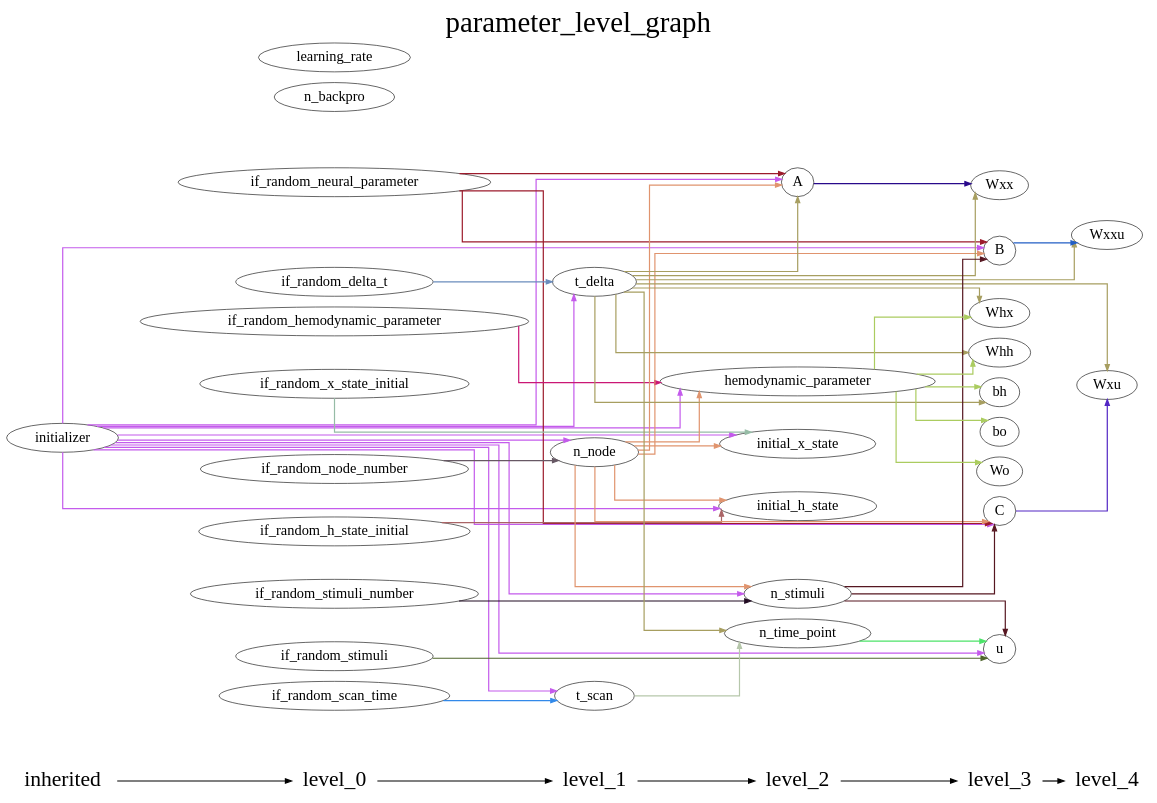
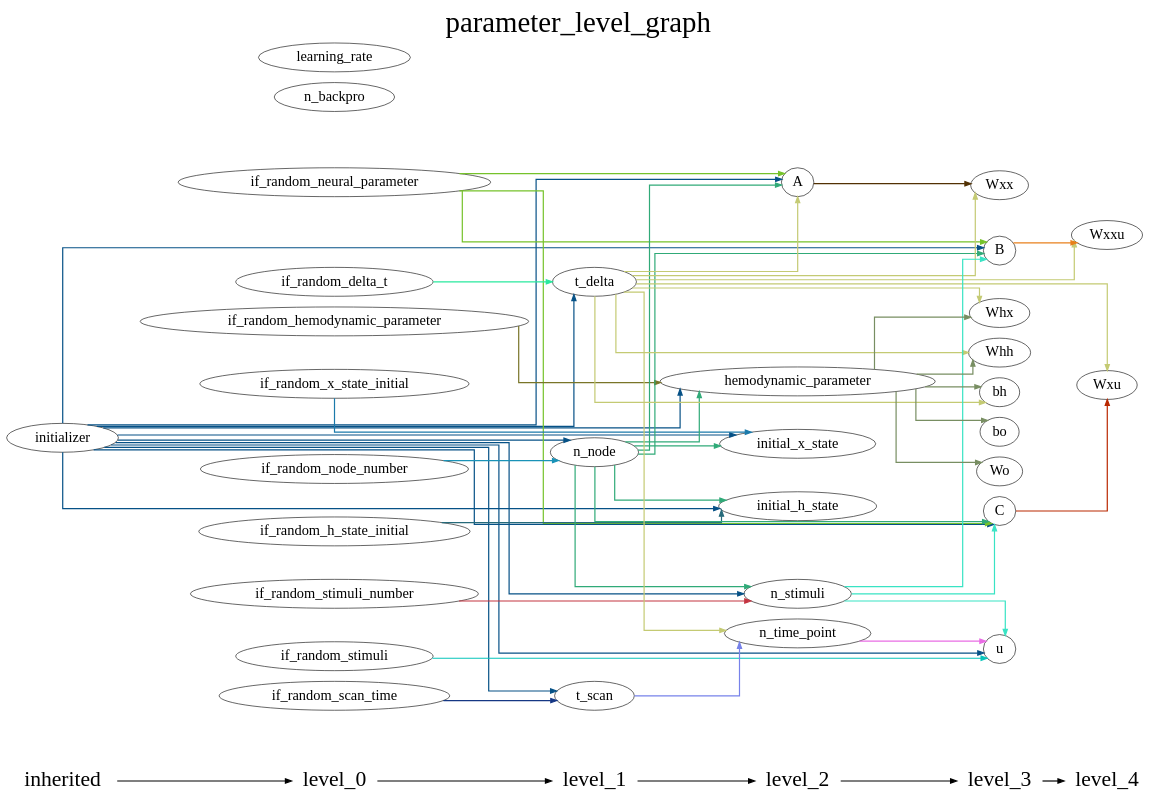
One commit to YuanWangOnward/DCM_RNN changed the diagram in DCM_RNN/documents/parameter_level_graph.gv. Above: the diagram before and after it, drawn with Graphviz. The commit also changed 4 other files, not shown here.

```diff
--- a/DCM_RNN/documents/parameter_level_graph.gv
+++ b/DCM_RNN/documents/parameter_level_graph.gv
@@ -1,118 +1,118 @@
 digraph G {
           splines=ortho;
           fontsize = 48;
           rankdir = "LR";
           node[fontsize=24];
           edge[penwidth=2];
           {
           node [shape=plaintext fontsize=36];
           inherited -> 
           level_0 -> 
           level_1 -> 
           level_2 -> 
           level_3 -> 
           level_4
           }
           {rank = same;
           inherited;
           initializer;
           }
           {rank = same;
           level_0;
           if_random_neural_parameter;
           if_random_hemodynamic_parameter;
           if_random_x_state_initial;
           if_random_h_state_initial;
           if_random_stimuli;
           if_random_node_number;
           if_random_stimuli_number;
           if_random_delta_t;
           if_random_scan_time;
           n_backpro;
           learning_rate;
           }
           {rank = same;
           level_1;
           n_node;
           t_delta;
           t_scan;
           }
           {rank = same;
           level_2;
           n_time_point;
           n_stimuli;
           A;
           hemodynamic_parameter;
           initial_x_state;
           initial_h_state;
           }
           {rank = same;
           level_3;
           u;
           B;
           C;
           Wxx;
           Whx;
           Whh;
           bh;
           Wo;
           bo;
           }
           {rank = same;
           level_4;
           Wxxu;
           Wxu;
           }
-          if_random_h_state_initial -> initial_h_state [color="#AA6466"];
-          if_random_delta_t -> t_delta [color="#6A8CBC"];
-          if_random_neural_parameter -> A [color="#9C1B2C"];
-          if_random_neural_parameter -> C [color="#9C1B2C"];
-          if_random_neural_parameter -> B [color="#9C1B2C"];
-          n_stimuli -> u [color="#561721"];
-          n_stimuli -> C [color="#561721"];
-          n_stimuli -> B [color="#561721"];
-          hemodynamic_parameter -> bh [color="#ABCC60"];
-          hemodynamic_parameter -> Wo [color="#ABCC60"];
-          hemodynamic_parameter -> Whx [color="#ABCC60"];
-          hemodynamic_parameter -> Whh [color="#ABCC60"];
-          hemodynamic_parameter -> bo [color="#ABCC60"];
-          if_random_stimuli -> u [color="#4E642B"];
-          if_random_stimuli_number -> n_stimuli [color="#210B22"];
-          A -> Wxx [color="#29098B"];
-          if_random_x_state_initial -> initial_x_state [color="#96BCA6"];
-          B -> Wxxu [color="#225EC5"];
-          C -> Wxu [color="#5226C4"];
-          initializer -> t_scan [color="#C45BEC"];
-          initializer -> initial_h_state [color="#C45BEC"];
-          initializer -> A [color="#C45BEC"];
-          initializer -> u [color="#C45BEC"];
-          initializer -> t_delta [color="#C45BEC"];
-          initializer -> n_stimuli [color="#C45BEC"];
-          initializer -> n_node [color="#C45BEC"];
-          initializer -> initial_x_state [color="#C45BEC"];
-          initializer -> C [color="#C45BEC"];
-          initializer -> B [color="#C45BEC"];
-          initializer -> hemodynamic_parameter [color="#C45BEC"];
-          if_random_hemodynamic_parameter -> hemodynamic_parameter [color="#CA1775"];
-          t_delta -> Wxx [color="#A79E60"];
-          t_delta -> bh [color="#A79E60"];
-          t_delta -> A [color="#A79E60"];
-          t_delta -> Whx [color="#A79E60"];
-          t_delta -> n_time_point [color="#A79E60"];
-          t_delta -> Whh [color="#A79E60"];
-          t_delta -> Wxxu [color="#A79E60"];
-          t_delta -> Wxu [color="#A79E60"];
-          t_scan -> n_time_point [color="#B6C7AB"];
-          if_random_scan_time -> t_scan [color="#3289E9"];
-          n_node -> initial_h_state [color="#E0946E"];
-          n_node -> A [color="#E0946E"];
-          n_node -> n_stimuli [color="#E0946E"];
-          n_node -> initial_x_state [color="#E0946E"];
-          n_node -> C [color="#E0946E"];
-          n_node -> B [color="#E0946E"];
-          n_node -> hemodynamic_parameter [color="#E0946E"];
-          if_random_node_number -> n_node [color="#675864"];
-          n_time_point -> u [color="#4CE369"];
+          if_random_node_number -> n_node [color="#1992B7"];
+          if_random_h_state_initial -> initial_h_state [color="#266A7A"];
+          initializer -> u [color="#065186"];
+          initializer -> A [color="#065186"];
+          initializer -> n_stimuli [color="#065186"];
+          initializer -> hemodynamic_parameter [color="#065186"];
+          initializer -> initial_x_state [color="#065186"];
+          initializer -> t_scan [color="#065186"];
+          initializer -> C [color="#065186"];
+          initializer -> n_node [color="#065186"];
+          initializer -> initial_h_state [color="#065186"];
+          initializer -> B [color="#065186"];
+          initializer -> t_delta [color="#065186"];
+          t_scan -> n_time_point [color="#7782EA"];
+          if_random_stimuli_number -> n_stimuli [color="#C43441"];
+          if_random_x_state_initial -> initial_x_state [color="#1B7AAB"];
+          C -> Wxu [color="#B92801"];
+          if_random_stimuli -> u [color="#06C4BA"];
+          n_time_point -> u [color="#E96CE4"];
+          if_random_scan_time -> t_scan [color="#153784"];
+          A -> Wxx [color="#523103"];
+          if_random_neural_parameter -> A [color="#76C22B"];
+          if_random_neural_parameter -> C [color="#76C22B"];
+          if_random_neural_parameter -> B [color="#76C22B"];
+          n_node -> A [color="#30AA78"];
+          n_node -> n_stimuli [color="#30AA78"];
+          n_node -> hemodynamic_parameter [color="#30AA78"];
+          n_node -> initial_x_state [color="#30AA78"];
+          n_node -> C [color="#30AA78"];
+          n_node -> initial_h_state [color="#30AA78"];
+          n_node -> B [color="#30AA78"];
+          n_stimuli -> u [color="#38E3C4"];
+          n_stimuli -> C [color="#38E3C4"];
+          n_stimuli -> B [color="#38E3C4"];
+          if_random_delta_t -> t_delta [color="#29E99E"];
+          if_random_hemodynamic_parameter -> hemodynamic_parameter [color="#797528"];
+          B -> Wxxu [color="#E8801C"];
+          t_delta -> Wxx [color="#C4CA73"];
+          t_delta -> Wxu [color="#C4CA73"];
+          t_delta -> Whh [color="#C4CA73"];
+          t_delta -> n_time_point [color="#C4CA73"];
+          t_delta -> bh [color="#C4CA73"];
+          t_delta -> A [color="#C4CA73"];
+          t_delta -> Wxxu [color="#C4CA73"];
+          t_delta -> Whx [color="#C4CA73"];
+          hemodynamic_parameter -> Whh [color="#788E62"];
+          hemodynamic_parameter -> bh [color="#788E62"];
+          hemodynamic_parameter -> Whx [color="#788E62"];
+          hemodynamic_parameter -> Wo [color="#788E62"];
+          hemodynamic_parameter -> bo [color="#788E62"];
           labelloc = "t";
           label = "parameter_level_graph";
 }
```
